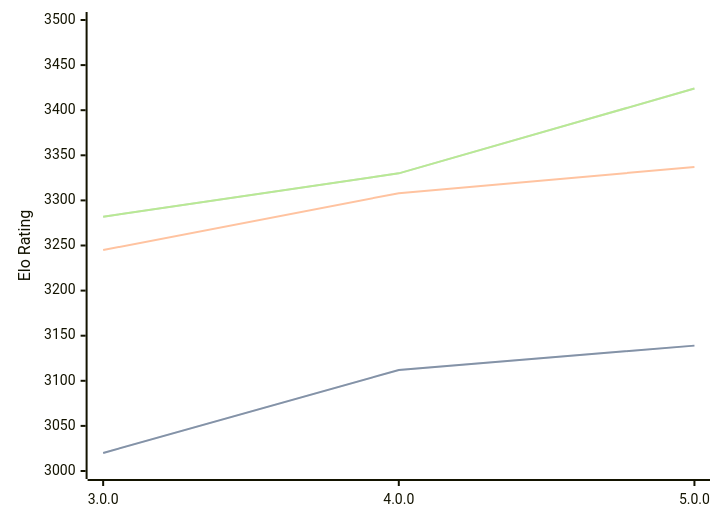
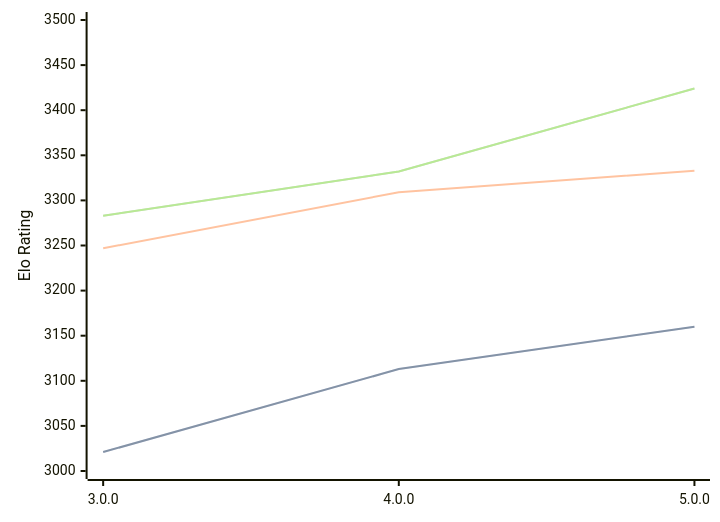
One commit to computer-chess-index/cci changed the diagram in engines/Minke.md. Above: the diagram before and after it, drawn with Mermaid. The commit also changed other lines of this file, not shown here.

Commit message:
Update CCI Ratings (ELO VLTC) - 2026-02-17

````diff
--- a/engines/Minke.md
+++ b/engines/Minke.md
@@ -32,11 +32,11 @@
 ```mermaid
 %%{init: {"theme":"base","themeVariables":{"seriesColors:['#a3a3a3','#222221','#faa371']}}}%%
 xychart-beta
   x-axis ["3.0.0", "4.0.0", "5.0.0"]
   y-axis "Elo Rating" 3000 --> 3500
-  line "STC (8.0+0.08s)" [3020, 3112, 3139]
-  line "STC (8.0+0.08s)" [3020, 3112, 3139]
-  line "LTC (60.0+0.60s)" [3245, 3308, 3337]
-  line "VLTC (2m24s+1.12s)" [3282, 3330, 3424]
-  line "VLTC (2m24s+1.12s)" [3282, 3330, 3424]
+  line "STC (8.0+0.08s)" [3021, 3113, 3160]
+  line "STC (8.0+0.08s)" [3021, 3113, 3160]
+  line "LTC (60.0+0.60s)" [3247, 3309, 3333]
+  line "VLTC (2m24s+1.12s)" [3283, 3332, 3424]
+  line "VLTC (2m24s+1.12s)" [3283, 3332, 3424]
 ```
````
